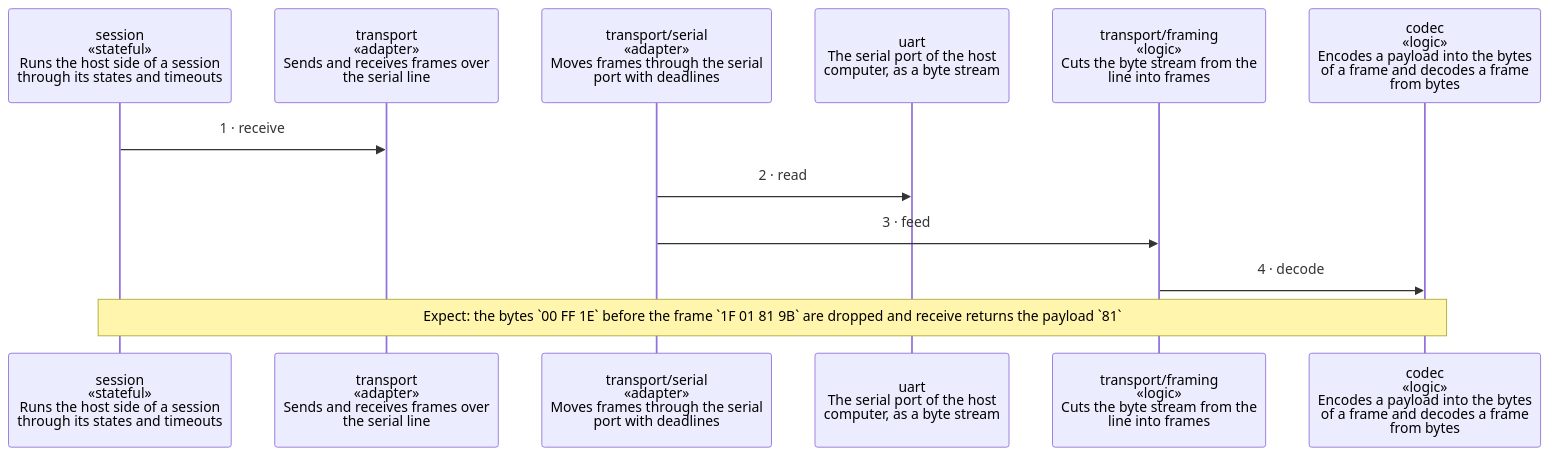
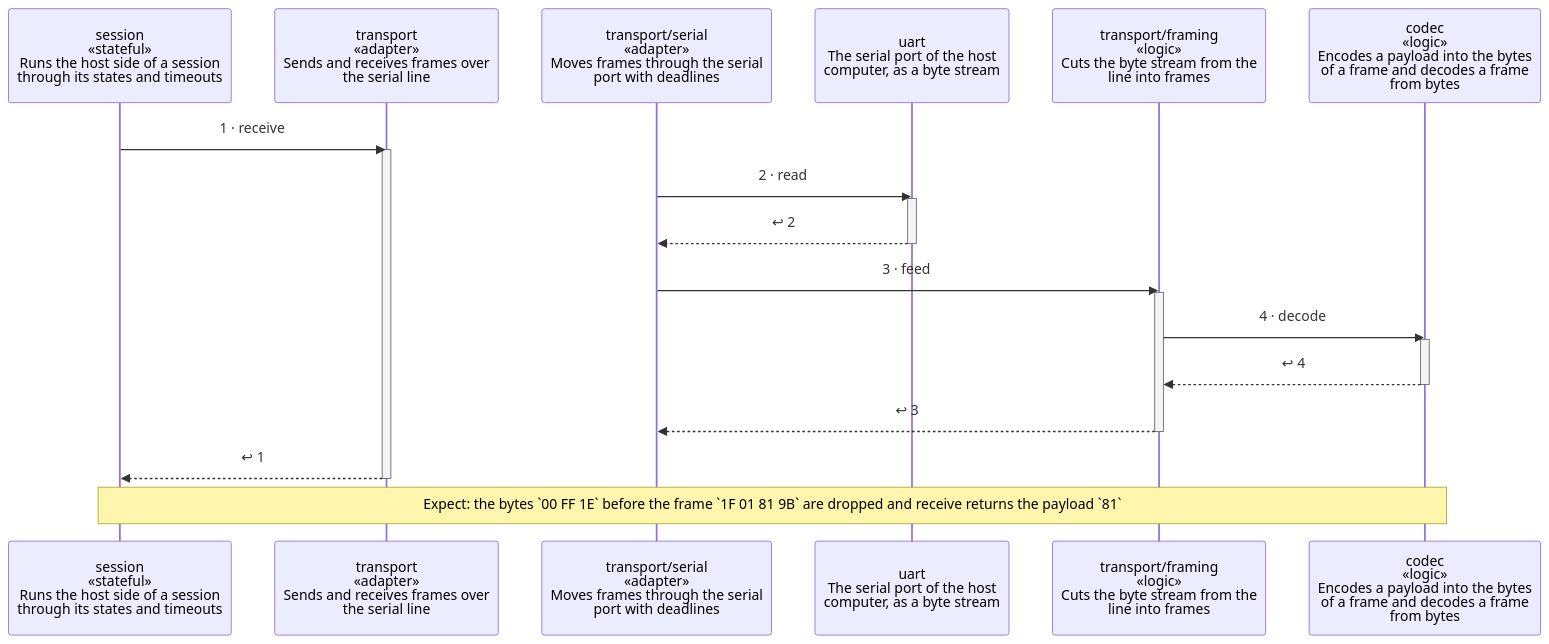
Before and after one commit to wackazong/unifold: the diagram in examples/serial-line/docs/diagrams/scenario-garbage-before-frame.md, drawn with Mermaid. The commit also changed other lines of this file and 25 other files, not shown here.

````diff
--- a/examples/serial-line/docs/diagrams/scenario-garbage-before-frame.md
+++ b/examples/serial-line/docs/diagrams/scenario-garbage-before-frame.md
@@ -12,19 +12,31 @@
 ```mermaid
 ---
 config:
   sequence:
     height: 108
 ---
 sequenceDiagram
   participant psession as session<br/>«stateful»<br/>Runs the host side of a session<br/>through its states and timeouts
   participant ptransport as transport<br/>«adapter»<br/>Sends and receives frames over<br/>the serial line
   participant ptransport__serial as transport/serial<br/>«adapter»<br/>Moves frames through the serial<br/>port with deadlines
   participant puart as uart<br/>The serial port of the host<br/>computer, as a byte stream
   participant ptransport__framing as transport/framing<br/>«logic»<br/>Cuts the byte stream from the<br/>line into frames
   participant pcodec as codec<br/>«logic»<br/>Encodes a payload into the bytes<br/>of a frame and decodes a frame<br/>from bytes
   psession->>ptransport: 1 · receive
+  activate ptransport
   ptransport__serial->>puart: 2 · read
+  activate puart
+  puart-->>ptransport__serial: ↩ 2
+  deactivate puart
   ptransport__serial->>ptransport__framing: 3 · feed
+  activate ptransport__framing
   ptransport__framing->>pcodec: 4 · decode
+  activate pcodec
+  pcodec-->>ptransport__framing: ↩ 4
+  deactivate pcodec
+  ptransport__framing-->>ptransport__serial: ↩ 3
+  deactivate ptransport__framing
+  ptransport-->>psession: ↩ 1
+  deactivate ptransport
   Note over psession,pcodec: wrap: Expect: the bytes `00 FF 1E` before the frame `1F 01 81 9B` are dropped and receive returns the payload `81`
 ```
````
